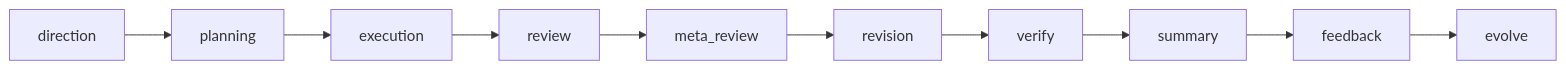
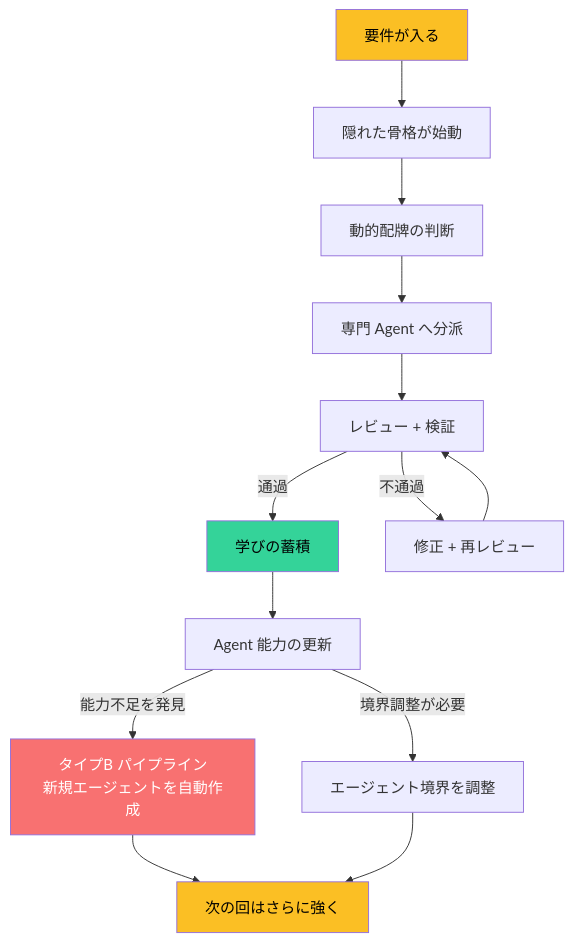
The sixth of 9 diagrams in README.ja-JP.md (limda007/Meta_Kim), drawn with Mermaid before and after one commit. The commit also changed other lines of this file and 22 other files, not shown here.

````diff
--- a/README.ja-JP.md
+++ b/README.ja-JP.md
@@ -322,6 +367,20 @@
 ```mermaid
-graph LR
-  B1[direction] --> B2[planning] --> B3[execution] --> B4[review]
-  B4 --> B5[meta_review] --> B6[revision] --> B7[verify]
-  B7 --> B8[summary] --> B9[feedback] --> B10[evolve]
+flowchart TD
+    INPUT[要件が入る] --> SPINE[隠れた骨格が始動]
+    SPINE --> CARD[動的配牌の判断]
+    CARD --> DISPATCH[専門 Agent へ分派]
+    DISPATCH --> REVIEW[レビュー + 検証]
+    REVIEW --> |通過| EVOLVE[学びの蓄積]
+    REVIEW --> |不通過| FIX[修正 + 再レビュー]
+    FIX --> REVIEW
+    EVOLVE --> UPGRADE[Agent 能力の更新]
+    UPGRADE --> |能力不足を発見| CREATE[タイプB パイプライン<br/>新規エージェントを自動作成]
+    UPGRADE --> |境界調整が必要| BOUNDARY[エージェント境界を調整]
+    CREATE --> INPUT2[次の回はさらに強く]
+    BOUNDARY --> INPUT2
+
+    style INPUT fill:#fbbf24,color:#000
+    style EVOLVE fill:#34d399,color:#000
+    style CREATE fill:#f87171,color:#fff
+    style INPUT2 fill:#fbbf24,color:#000
 ```
````
